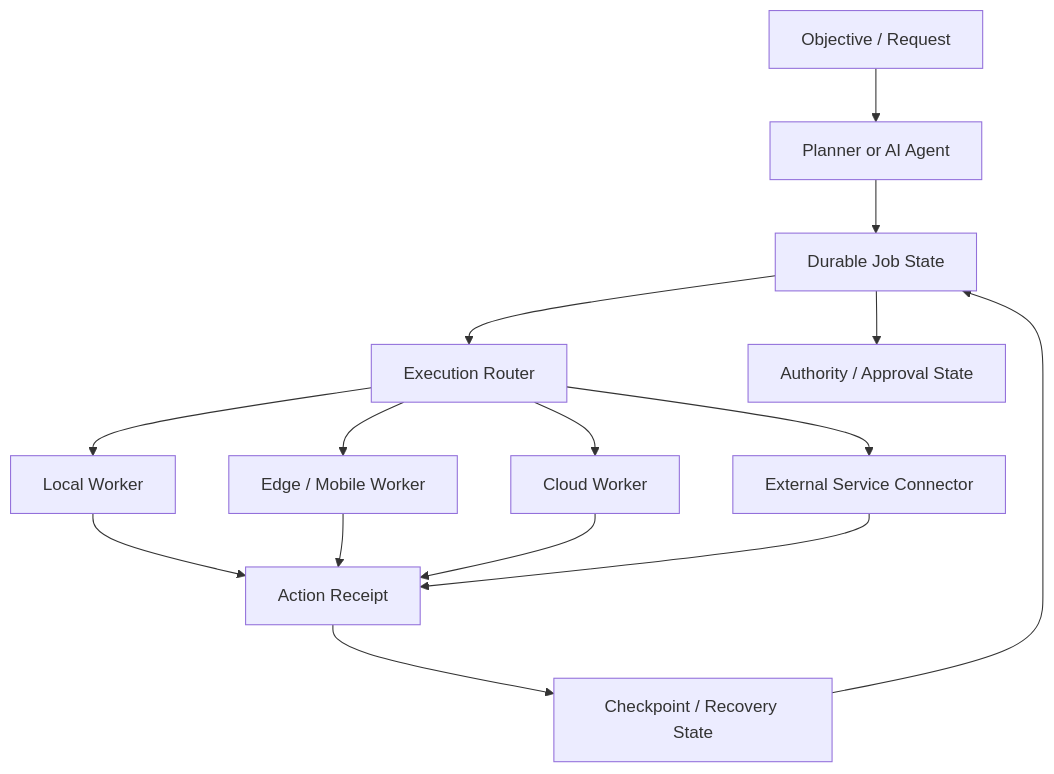
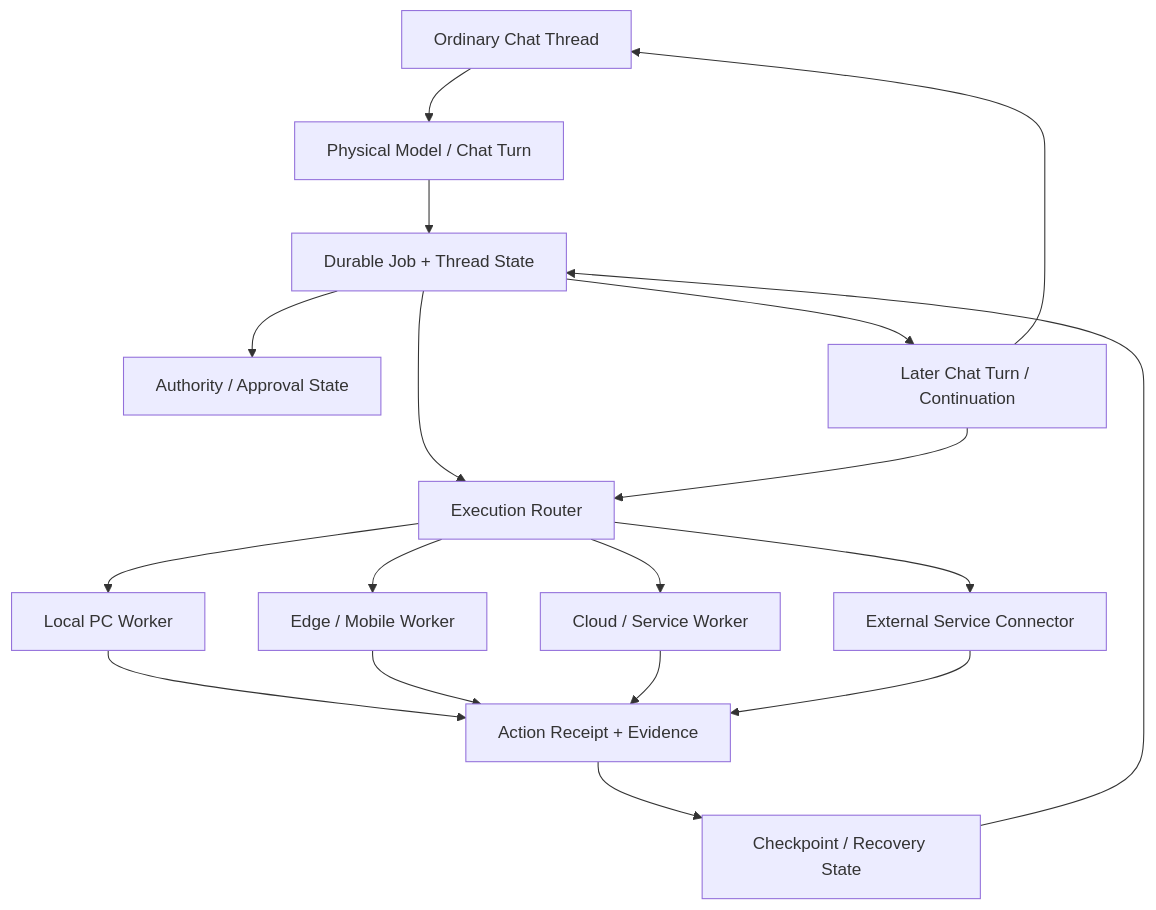
The diagram in ARCHITECTURE.md (Cid-oe/AgentLink), drawn with Mermaid before and after one commit. The commit also changed other lines of this file, not shown here.

Commit message:
docs: make chat turn boundaries explicit in architecture

````diff
--- a/ARCHITECTURE.md
+++ b/ARCHITECTURE.md
@@ -7,17 +9,20 @@
 ```mermaid
 flowchart TB
-    U[Objective / Request] --> P[Planner or AI Agent]
-    P --> J[Durable Job State]
+    U[Ordinary Chat Thread] --> T[Physical Model / Chat Turn]
+    T --> J[Durable Job + Thread State]
     J --> R[Execution Router]
-    R --> W1[Local Worker]
+    R --> W1[Local PC Worker]
     R --> W2[Edge / Mobile Worker]
-    R --> W3[Cloud Worker]
+    R --> W3[Cloud / Service Worker]
     R --> W4[External Service Connector]
     J --> A[Authority / Approval State]
-    W1 --> X[Action Receipt]
+    W1 --> X[Action Receipt + Evidence]
     W2 --> X
     W3 --> X
     W4 --> X
     X --> C[Checkpoint / Recovery State]
     C --> J
+    J --> N[Later Chat Turn / Continuation]
+    N --> R
+    N --> U
 ```
````
